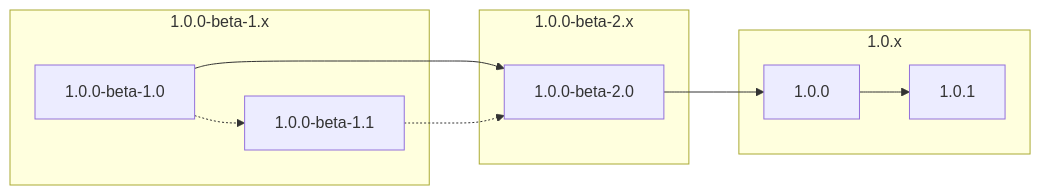
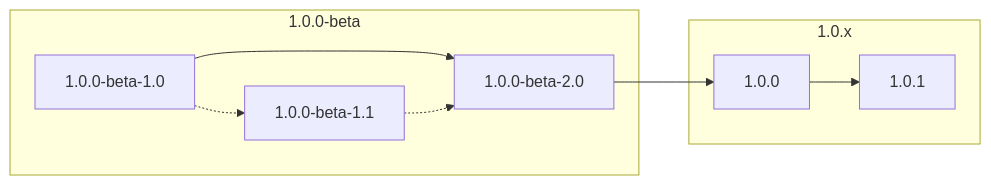
Before and after one commit to yusancky/yusancky_2022_summer_homework: the diagram in README.md, drawn with Mermaid. The commit also changed other lines of this file and 5 other files, not shown here.

````diff
--- a/README.md
+++ b/README.md
@@ -7,20 +7,18 @@
 ```mermaid
 graph LR;
-    1.0.0-beta-1.0-.->1.0.0-beta-1.1;
-    1.0.0-beta-1.0-->1.0.0-beta-2.0;
-    1.0.0-beta-1.1-.->1.0.0-beta-2.0;
-    1.0.0-beta-2.0-->1.0.0;
-    1.0.0-->1.0.1;
-    
-    subgraph 1.0.0-beta-1.x
+    subgraph 1.0.0-beta
     1.0.0-beta-1.0;
     1.0.0-beta-1.1;
-    end
-    subgraph 1.0.0-beta-2.x
     1.0.0-beta-2.0;
     end
     subgraph 1.0.x
     1.0.0;
     1.0.1;
     end
+    
+    1.0.0-beta-1.0-.->1.0.0-beta-1.1;
+    1.0.0-beta-1.0-->1.0.0-beta-2.0;
+    1.0.0-beta-1.1-.->1.0.0-beta-2.0;
+    1.0.0-beta-2.0-->1.0.0;
+    1.0.0-->1.0.1;
 ```
````
